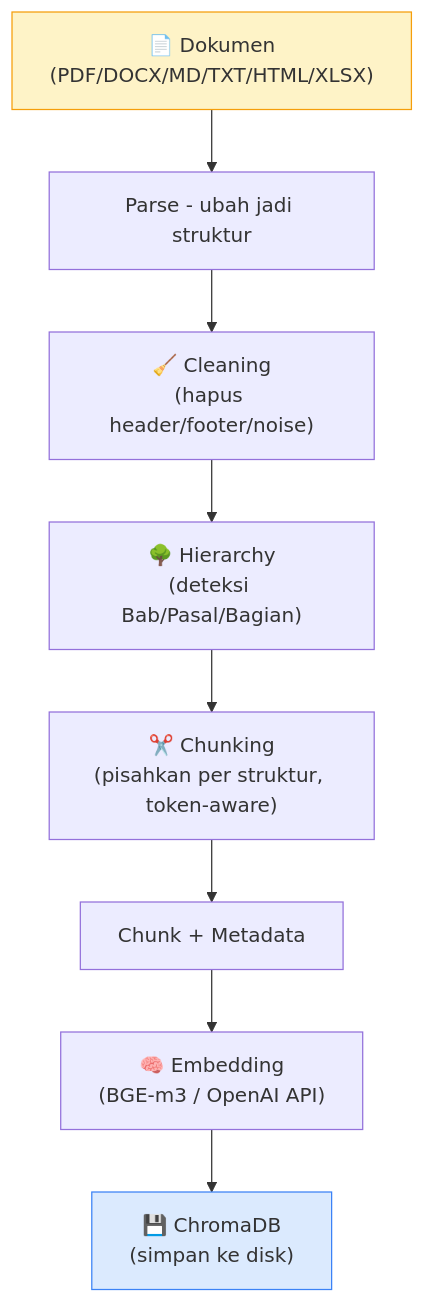
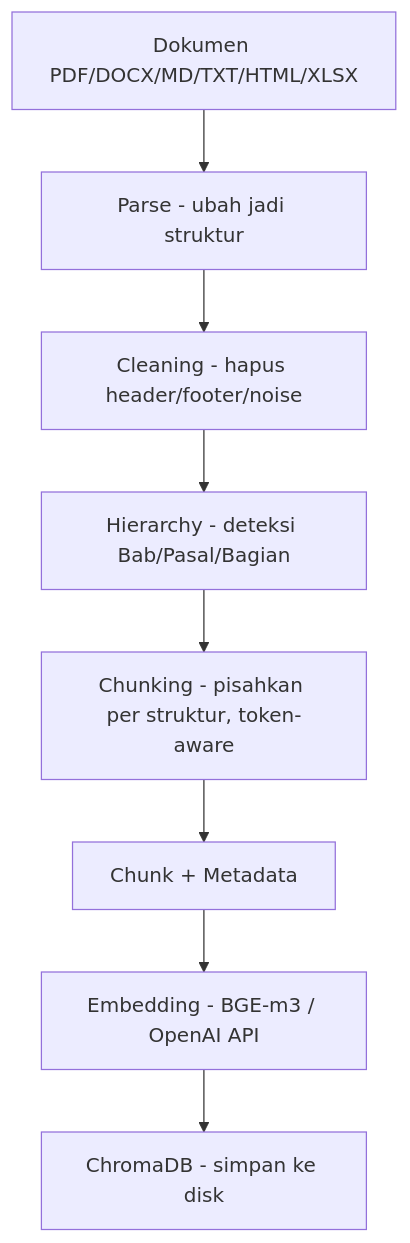
Before and after one commit to candrapwr/siberrag: the first of 3 diagrams in README.md, drawn with Mermaid. The commit also changed other lines of this file, not shown here.

````diff
--- a/README.md
+++ b/README.md
@@ -119,13 +119,10 @@
 ```mermaid
 graph TD
-    A["📄 Dokumen<br/>(PDF/DOCX/MD/TXT/HTML/XLSX)"] --> B[Parse - ubah jadi struktur]
-    B --> C["🧹 Cleaning<br/>(hapus header/footer/noise)"]
-    C --> D["🌳 Hierarchy<br/>(deteksi Bab/Pasal/Bagian)"]
-    D --> E["✂️ Chunking<br/>(pisahkan per struktur, token-aware)"]
+    A["Dokumen PDF/DOCX/MD/TXT/HTML/XLSX"] --> B[Parse - ubah jadi struktur]
+    B --> C["Cleaning - hapus header/footer/noise"]
+    C --> D["Hierarchy - deteksi Bab/Pasal/Bagian"]
+    D --> E["Chunking - pisahkan per struktur, token-aware"]
     E --> F["Chunk + Metadata"]
-    F --> G["🧠 Embedding<br/>(BGE-m3 / OpenAI API)"]
-    G --> H["💾 ChromaDB<br/>(simpan ke disk)"]
-
-    style A fill:#fef3c7,stroke:#f59e0b
-    style H fill:#dbeafe,stroke:#3b82f6
+    F --> G["Embedding - BGE-m3 / OpenAI API"]
+    G --> H["ChromaDB - simpan ke disk"]
 ```
````
